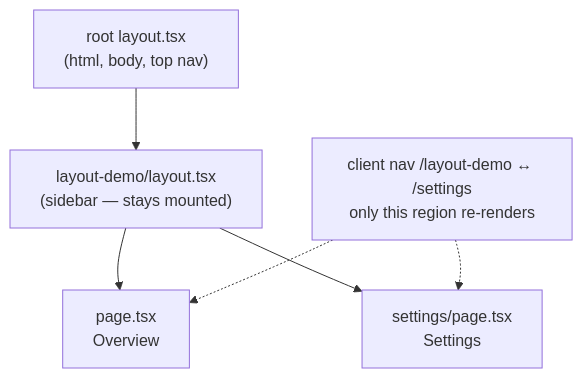
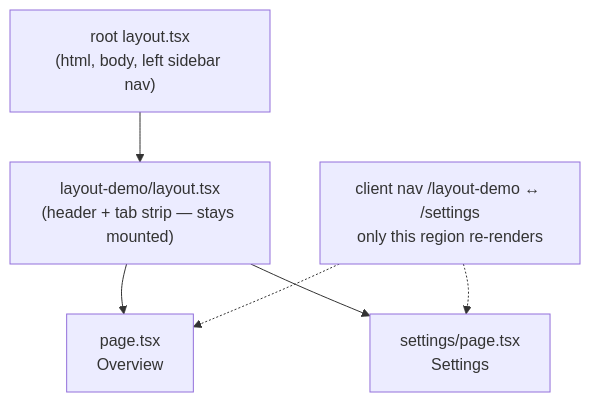
Before and after one commit to adheepgeorge/nextjs-16-training-2026: the fourth of 4 diagrams in teaching-scripts/session-1-routing.md, drawn with Mermaid. The commit also changed other lines of this file and 17 other files, not shown here.

````diff
--- a/teaching-scripts/session-1-routing.md
+++ b/teaching-scripts/session-1-routing.md
@@ -184,8 +186,8 @@
 ```mermaid
 flowchart TD
-  root["root layout.tsx<br/>(html, body, top nav)"] --> ld["layout-demo/layout.tsx<br/>(sidebar — stays mounted)"]
+  root["root layout.tsx<br/>(html, body, left sidebar nav)"] --> ld["layout-demo/layout.tsx<br/>(header + tab strip — stays mounted)"]
   ld --> page["page.tsx<br/>Overview"]
   ld --> settings["settings/page.tsx<br/>Settings"]
   swap["client nav /layout-demo ↔ /settings<br/>only this region re-renders"] -.-> page
   swap -.-> settings
 ```
````
